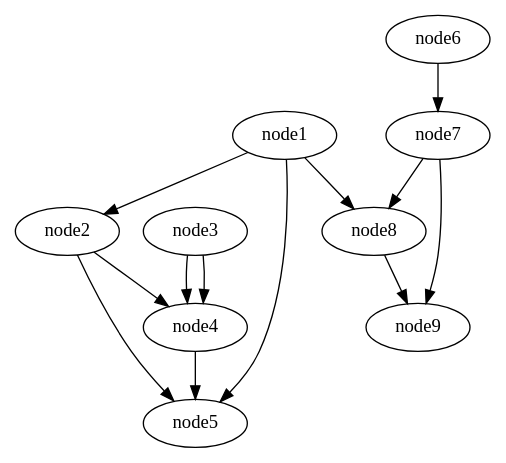
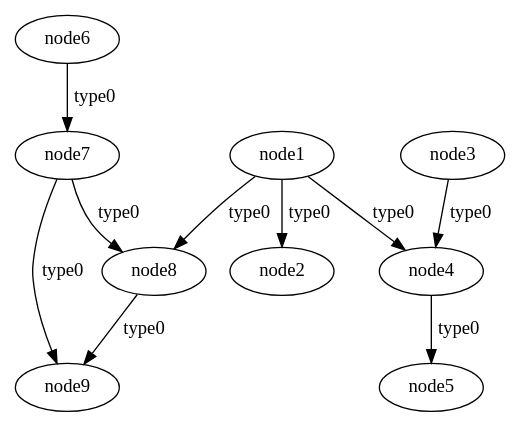
Before and after one commit to firephyz/CADNetworkOptimizer: the diagram in graph.dot, drawn with Graphviz. The commit also changed 8 other files, not shown here.

Commit message:
bug fixes and graphviz additional features

```diff
--- a/graph.dot
+++ b/graph.dot
@@ -1,14 +1,11 @@
 digraph G { 
-    node1 -> node2;
-    node1 -> node8;
-    node1 -> node5;
-    node2 -> node5;
-    node2 -> node4;
-    node3 -> node4;
-    node3 -> node4;
-    node4 -> node5;
-    node6 -> node7;
-    node7 -> node8;
-    node7 -> node9;
-    node8 -> node9;
+    node1 -> node2[ label="type0"];
+    node1 -> node8[ label="type0"];
+    node1 -> node4[ label="type0"];
+    node3 -> node4[ label="type0"];
+    node4 -> node5[ label="type0"];
+    node6 -> node7[ label="type0"];
+    node7 -> node8[ label="type0"];
+    node7 -> node9[ label="type0"];
+    node8 -> node9[ label="type0"];
 }
```
